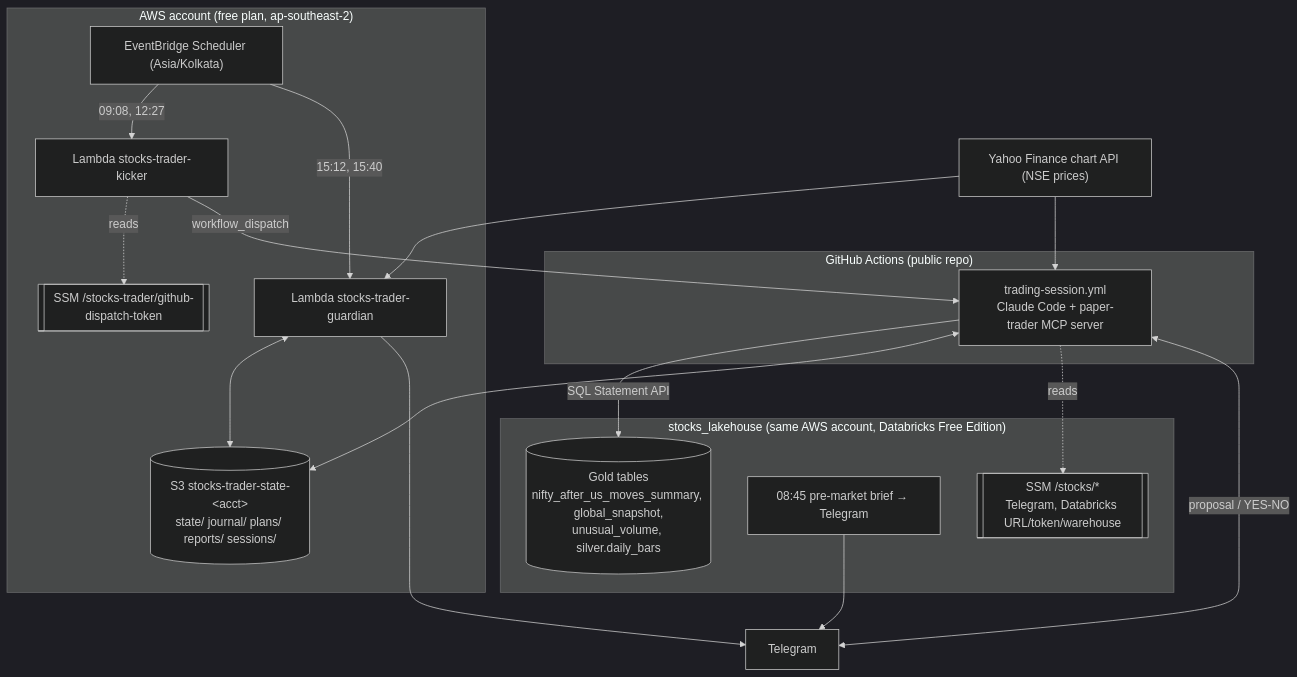
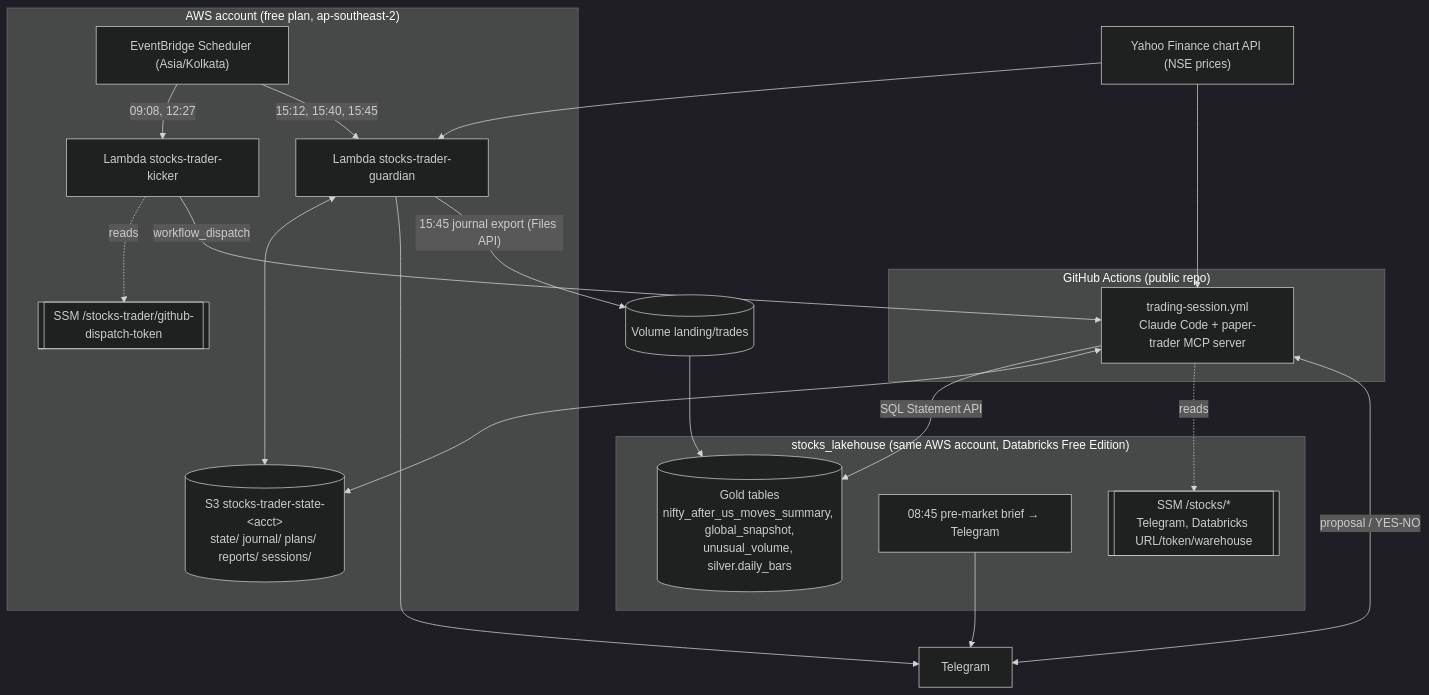
The diagram in docs/ARCHITECTURE.md (bumblebee26/paper-trader), drawn with Mermaid (dark theme) before and after one commit. The commit also changed other lines of this file and 11 other files, not shown here.

````diff
--- a/docs/ARCHITECTURE.md
+++ b/docs/ARCHITECTURE.md
@@ -5,34 +5,36 @@
 ```mermaid
 flowchart TB
     subgraph lh["stocks_lakehouse (same AWS account, Databricks Free Edition)"]
         GOLD[("Gold tables<br/>nifty_after_us_moves_summary, global_snapshot,<br/>unusual_volume, silver.daily_bars")]
         PM["08:45 pre-market brief → Telegram"]
         LSSM[["SSM /stocks/*<br/>Telegram, Databricks URL/token/warehouse"]]
     end
 
     subgraph aws["AWS account (free plan, ap-southeast-2)"]
         SCH["EventBridge Scheduler (Asia/Kolkata)"]
         KICK["Lambda stocks-trader-kicker"]
         GUARD["Lambda stocks-trader-guardian"]
         S3[("S3 stocks-trader-state-&lt;acct&gt;<br/>state/ journal/ plans/ reports/ sessions/")]
         TSSM[["SSM /stocks-trader/github-dispatch-token"]]
         SCH -- "09:08, 12:27" --> KICK
-        SCH -- "15:12, 15:40" --> GUARD
+        SCH -- "15:12, 15:40, 15:45" --> GUARD
         KICK -. reads .-> TSSM
         GUARD <--> S3
     end
 
     subgraph gh["GitHub Actions (public repo)"]
         WF["trading-session.yml<br/>Claude Code + paper-trader MCP server"]
     end
 
     KICK -- "workflow_dispatch" --> WF
     WF -- "SQL Statement API" --> GOLD
     WF <--> S3
     WF -. reads .-> LSSM
     WF <-- "proposal / YES-NO" --> TG["Telegram"]
     GUARD --> TG
+    GUARD -- "15:45 journal export (Files API)" --> VOLT[("Volume landing/trades")]
+    VOLT --> GOLD
     PM --> TG
     YF["Yahoo Finance chart API (NSE prices)"] --> WF
     YF --> GUARD
 ```
````
